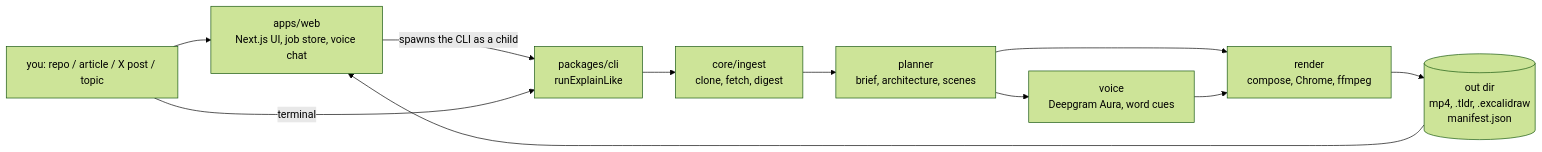
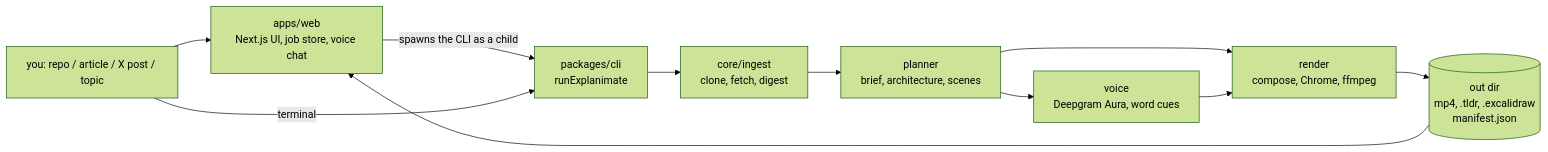
One commit to slubbles/explainlike changed the diagram in docs/code-map.md. Above: the diagram before and after it, drawn with Mermaid (forest theme). The commit also changed other lines of this file and 101 other files, not shown here.

First line of the commit message:
chore(brand): rename Explain Like to Explanimate

````diff
--- a/docs/code-map.md
+++ b/docs/code-map.md
@@ -8,13 +8,13 @@
 ```mermaid
 flowchart LR
   U["you: repo / article / X post / topic"] --> W["apps/web<br/>Next.js UI, job store, voice chat"]
-  W -->|spawns the CLI as a child| C["packages/cli<br/>runExplainLike"]
+  W -->|spawns the CLI as a child| C["packages/cli<br/>runExplanimate"]
   U -->|terminal| C
   C --> I["core/ingest<br/>clone, fetch, digest"]
   I --> P["planner<br/>brief, architecture, scenes"]
   P --> V["voice<br/>Deepgram Aura, word cues"]
   P --> R["render<br/>compose, Chrome, ffmpeg"]
   V --> R
   R --> O[("out dir<br/>mp4, .tldr, .excalidraw<br/>manifest.json")]
   O --> W
 ```
````
